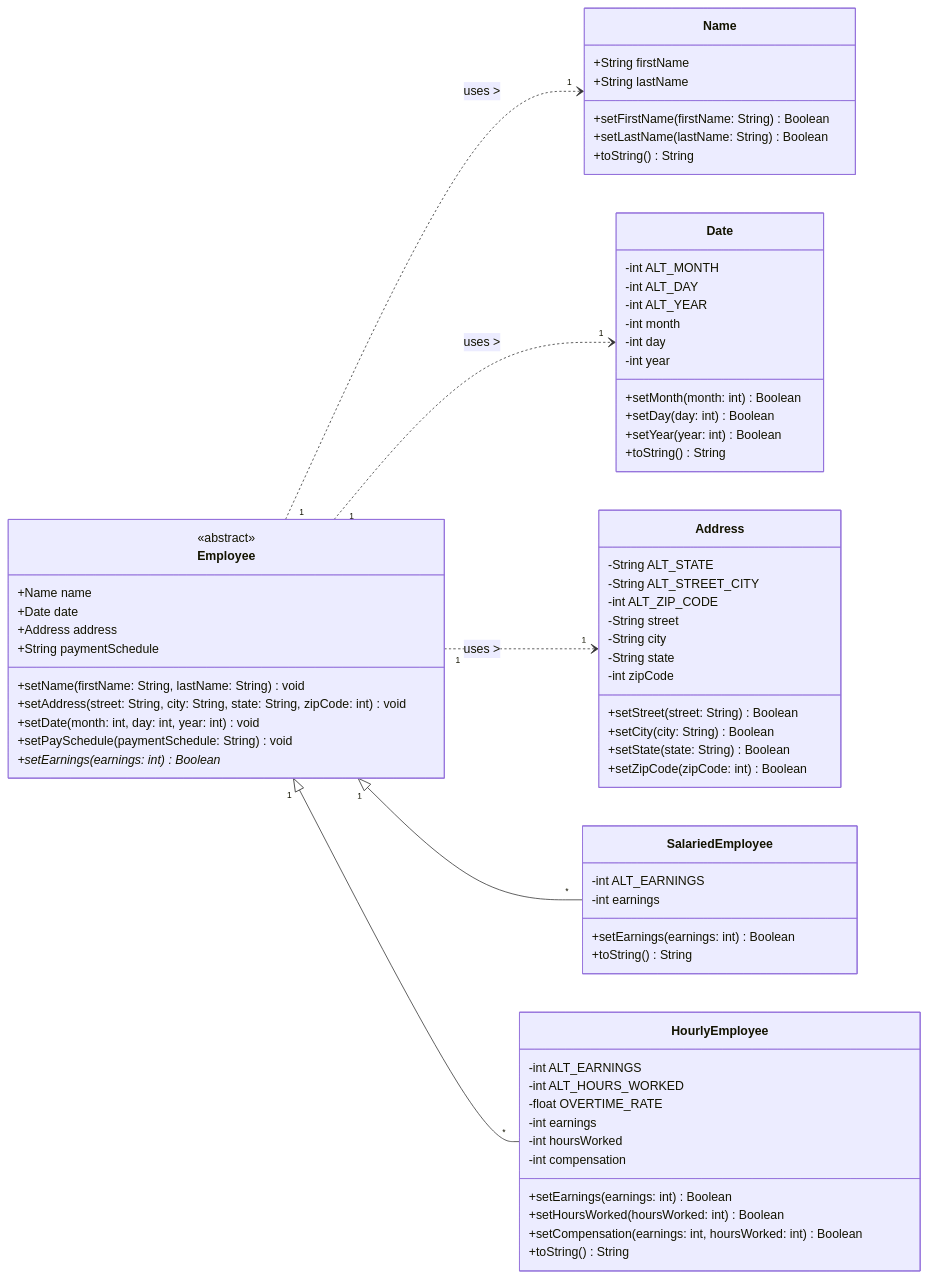
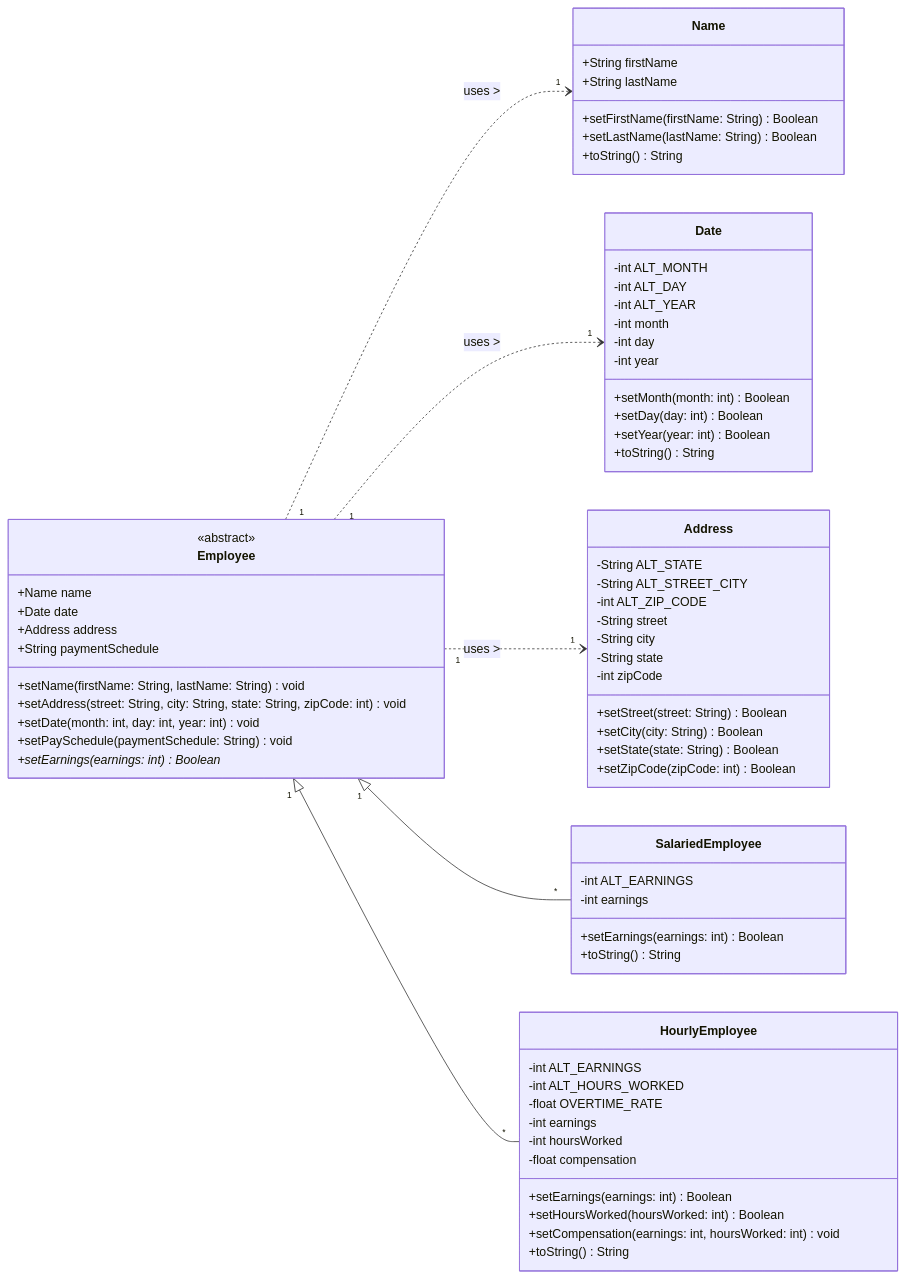
One commit to justinthelaw/jhu-605.20x changed the diagram in programming-in-java/module-07/EmployeeEnhanced.md. Above: the diagram before and after it, drawn with Mermaid. The commit also changed 6 other files, not shown here.

````diff
--- a/programming-in-java/module-07/EmployeeEnhanced.md
+++ b/programming-in-java/module-07/EmployeeEnhanced.md
@@ -29,82 +29,82 @@
 ```mermaid
 classDiagram
     direction LR
 
     %% Employee base class and helper classes %%
     %% Employee
     Employee "1" ..> "1" Name : uses >
     Employee "1" ..> "1" Date : uses >
     Employee "1" ..> "1" Address : uses >
 
     class Employee{
         <<abstract>>
         +Name name
         +Date date
         +Address address
         +String paymentSchedule
         +setName(firstName: String, lastName: String) void
         +setAddress(street: String, city: String, state: String, zipCode: int) void
         +setDate(month: int, day: int, year: int) void
         +setPaySchedule(paymentSchedule: String) void
         +setEarnings(earnings: int)* Boolean
     }
 
     class Name{
         +String firstName
         +String lastName
         +setFirstName(firstName: String) Boolean
         +setLastName(lastName: String) Boolean
         +toString() String
     }
 
     class Date{
       -int ALT_MONTH
       -int ALT_DAY
       -int ALT_YEAR
       -int month
       -int day
       -int year
       +setMonth(month: int) Boolean
       +setDay(day: int) Boolean
       +setYear(year: int) Boolean
       +toString() String
     }
 
     class Address{
       -String ALT_STATE
       -String ALT_STREET_CITY
       -int ALT_ZIP_CODE
       -String street
       -String city
       -String state
       -int zipCode
       +setStreet(street: String) Boolean
       +setCity(city: String) Boolean
       +setState(state: String) Boolean
       +setZipCode(zipCode: int) Boolean
     }
 
     %% Employee subclasses %%
     Employee "1" <|-- "*" SalariedEmployee
     Employee "1" <|-- "*" HourlyEmployee
 
     class SalariedEmployee{
       -int ALT_EARNINGS
       -int earnings
       +setEarnings(earnings: int) Boolean
       +toString() String
     }
 
     class HourlyEmployee{
       -int ALT_EARNINGS
       -int ALT_HOURS_WORKED
       -float OVERTIME_RATE
       -int earnings
       -int hoursWorked
-      -int compensation
+      -float compensation
       +setEarnings(earnings: int) Boolean
       +setHoursWorked(hoursWorked: int) Boolean
-      +setCompensation(earnings: int, hoursWorked: int) Boolean
+      +setCompensation(earnings: int, hoursWorked: int) void
       +toString() String
     }
 ```
````
